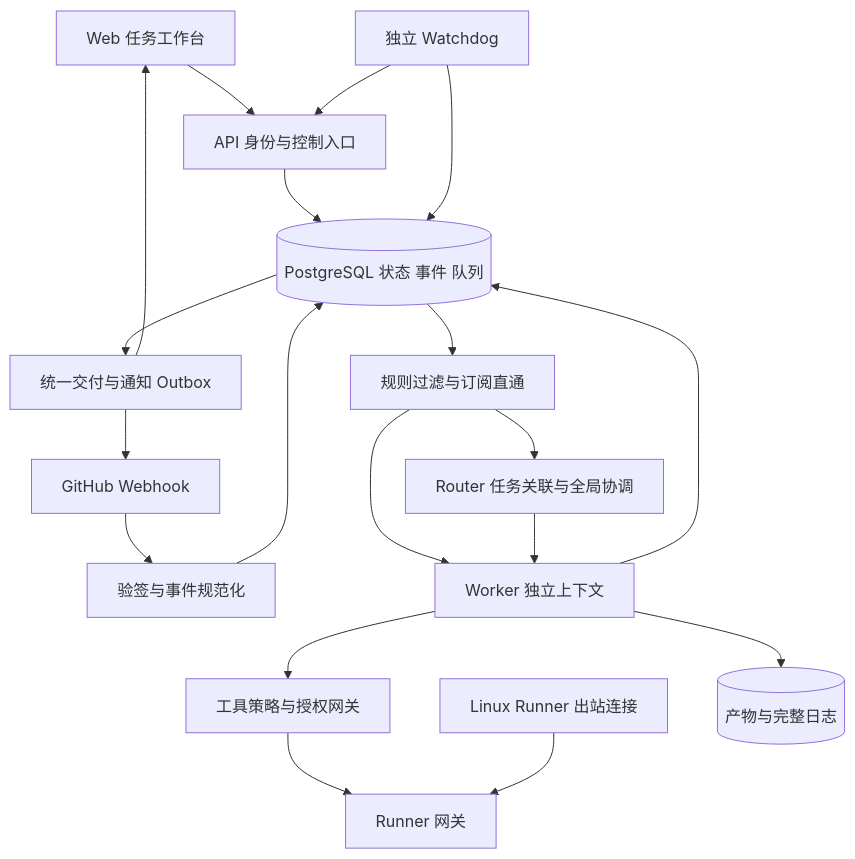
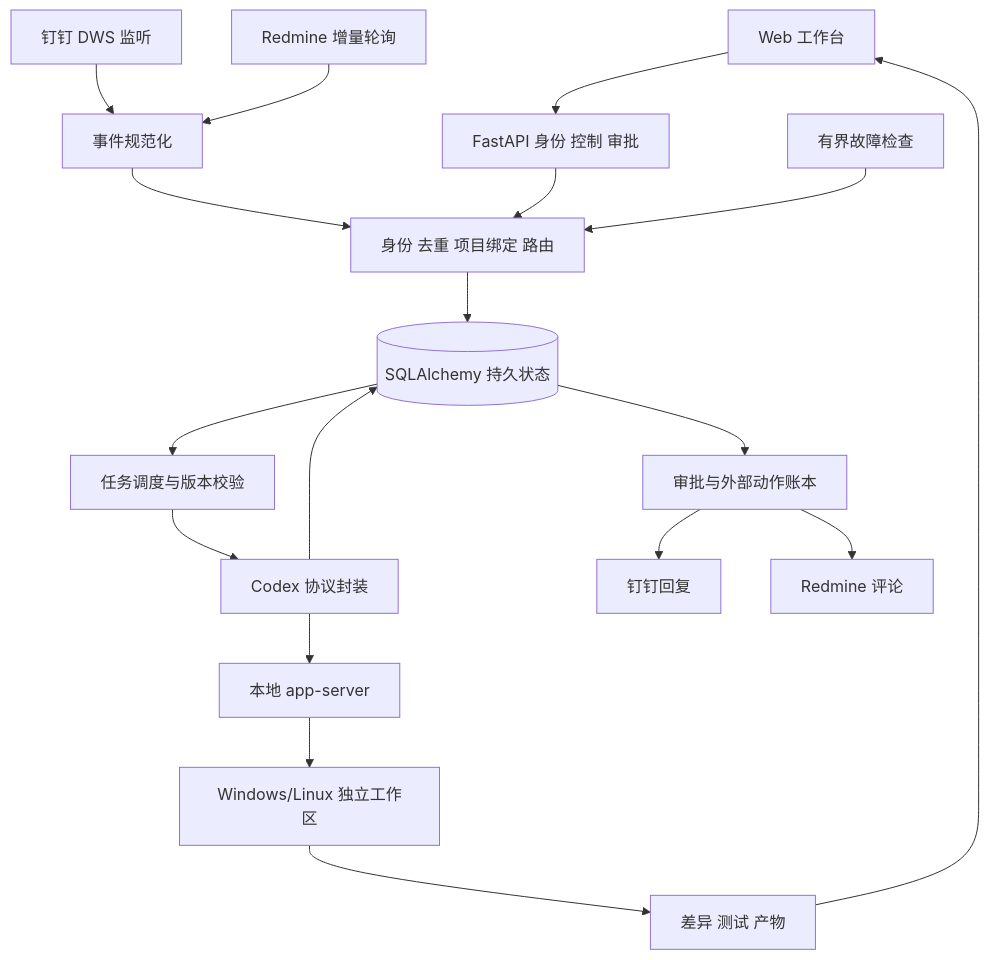
The diagram in docs/SuperAgent-技术执行文档.md (zzgoviziwind/SuperagentDemo-clean), drawn with Mermaid before and after one commit. The commit also changed other lines of this file and 115 other files, not shown here.

````diff
--- a/docs/SuperAgent-技术执行文档.md
+++ b/docs/SuperAgent-技术执行文档.md
@@ -44,21 +24,20 @@
 ```mermaid
 flowchart TB
-  Web[Web 任务工作台] --> API[API 身份与控制入口]
-  GH[GitHub Webhook] --> Ingress[验签与事件规范化]
-  API --> DB[(PostgreSQL 状态 事件 队列)]
-  Ingress --> DB
-  DB --> Dispatch[规则过滤与订阅直通]
-  Dispatch --> Router[Router 任务关联与全局协调]
-  Dispatch --> Workers[Worker 独立上下文]
-  Router --> Workers
-  Workers --> Tools[工具策略与授权网关]
-  Tools --> Gateway[Runner 网关]
-  Runner[Linux Runner 出站连接] --> Gateway
-  Workers --> Artifacts[(产物与完整日志)]
-  Workers --> DB
-  DB --> Delivery[统一交付与通知 Outbox]
-  Delivery --> GH
-  Delivery --> Web
-  Watchdog[独立 Watchdog] --> DB
-  Watchdog --> API
+  Web[Web 工作台] --> API[FastAPI 身份 控制 审批]
+  DD[钉钉 DWS 监听] --> Ingress[事件规范化]
+  RM[Redmine 增量轮询] --> Ingress
+  Ingress --> Core[身份 去重 项目绑定 路由]
+  API --> Core
+  Core --> DB[(SQLAlchemy 持久状态)]
+  DB --> Scheduler[任务调度与版本校验]
+  Scheduler --> Runtime[Codex 协议封装]
+  Runtime --> Codex[本地 app-server]
+  Codex --> Workspace[Windows/Linux 独立工作区]
+  Runtime --> DB
+  Workspace --> Evidence[差异 测试 产物]
+  DB --> Delivery[审批与外部动作账本]
+  Delivery --> DDReply[钉钉回复]
+  Delivery --> RMReply[Redmine 评论]
+  Evidence --> Web
+  Watchdog[有界故障检查] --> Core
 ```
````
